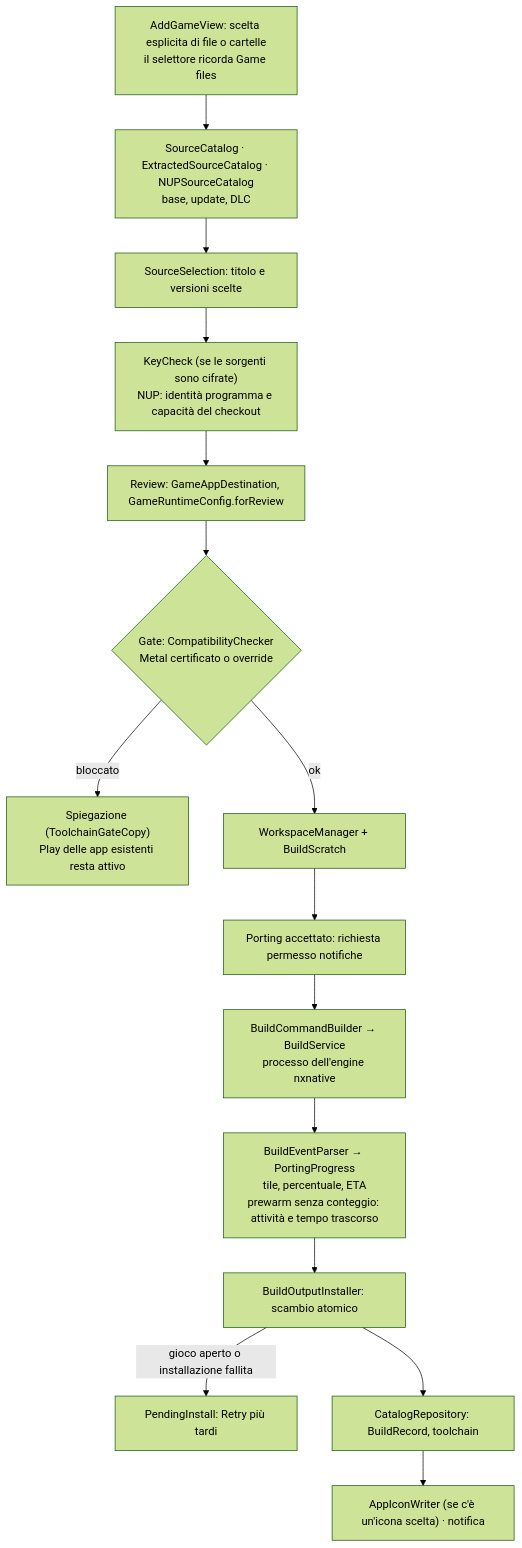
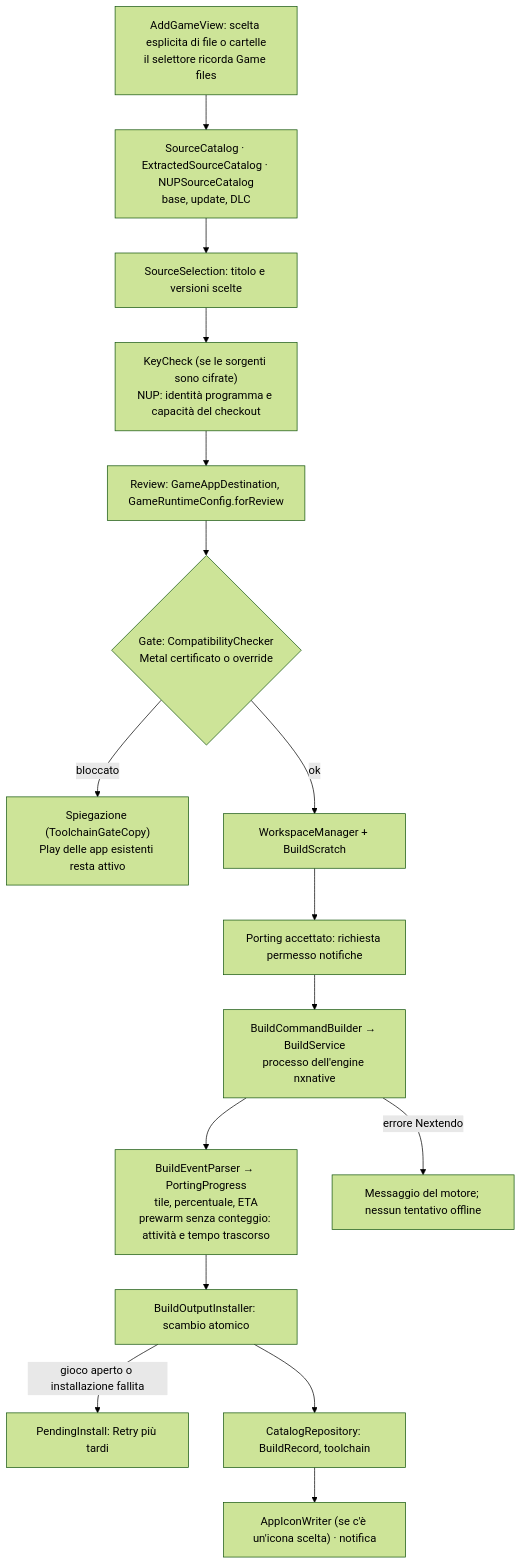
Before and after one commit to sofianbll/NxLibrary: the fifth of 9 diagrams in docs/how-it-works/flows.md, drawn with Mermaid (forest theme). The commit also changed other lines of this file and 15 other files, not shown here.

````diff
--- a/docs/how-it-works/flows.md
+++ b/docs/how-it-works/flows.md
@@ -114,17 +114,18 @@
 ```mermaid
 flowchart TD
     A["AddGameView: scelta esplicita di file o cartelle<br/>il selettore ricorda Game files"] --> B["SourceCatalog · ExtractedSourceCatalog · NUPSourceCatalog<br/>base, update, DLC"]
     B --> C["SourceSelection: titolo e versioni scelte"]
     C --> D["KeyCheck (se le sorgenti sono cifrate)<br/>NUP: identità programma e capacità del checkout"]
     D --> E["Review: GameAppDestination, GameRuntimeConfig.forReview"]
     E --> F{"Gate: CompatibilityChecker<br/>Metal certificato o override"}
     F -->|"bloccato"| Z["Spiegazione (ToolchainGateCopy)<br/>Play delle app esistenti resta attivo"]
     F -->|"ok"| G["WorkspaceManager + BuildScratch"]
     G --> N["Porting accettato: richiesta permesso notifiche"]
     N --> H["BuildCommandBuilder → BuildService<br/>processo dell'engine nxnative"]
     H --> I["BuildEventParser → PortingProgress<br/>tile, percentuale, ETA<br/>prewarm senza conteggio: attività e tempo trascorso"]
+    H -->|"errore Nextendo"| X["Messaggio del motore; nessun tentativo offline"]
     I --> J["BuildOutputInstaller: scambio atomico"]
     J -->|"gioco aperto o installazione fallita"| K["PendingInstall: Retry più tardi"]
     J --> L["CatalogRepository: BuildRecord, toolchain"]
     L --> M["AppIconWriter (se c'è un'icona scelta) · notifica"]
 ```
````
